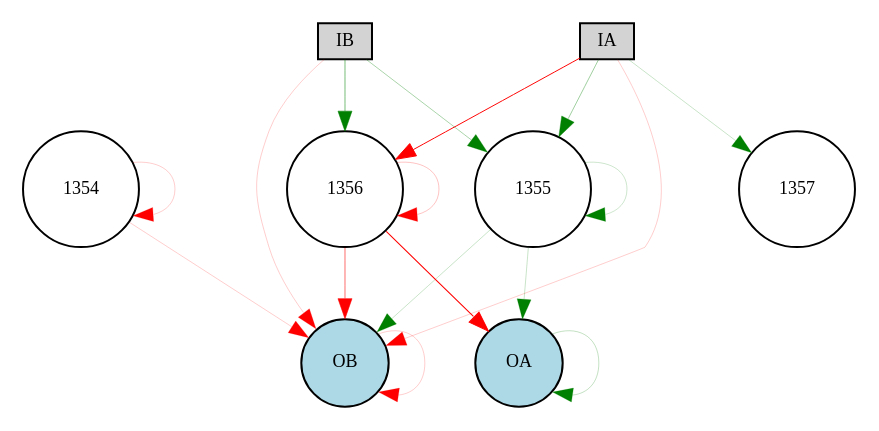
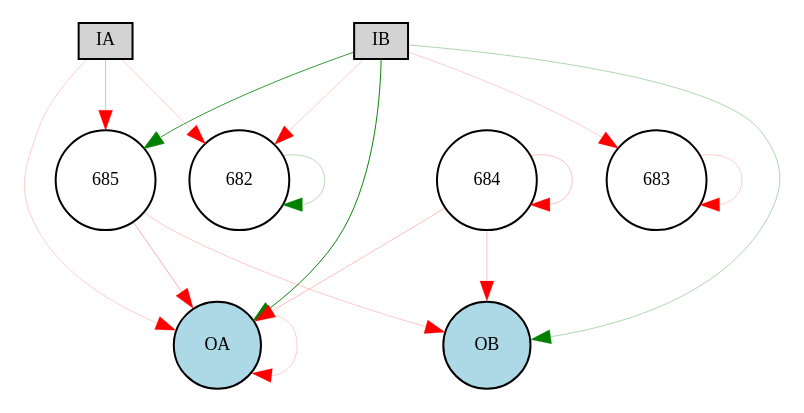
The diagram in source/cont_exp/Digraph.gv (danxan/neuromorphic-evolution), drawn with Graphviz before and after one commit. The commit also changed 6 other files, not shown here.

```diff
--- a/source/cont_exp/Digraph.gv
+++ b/source/cont_exp/Digraph.gv
@@ -1,27 +1,25 @@
 digraph {
 	node [fontsize=9 height=0.2 shape=circle width=0.2]
 	IA [fillcolor=lightgray shape=box style=filled]
 	IB [fillcolor=lightgray shape=box style=filled]
 	OA [fillcolor=lightblue style=filled]
 	OB [fillcolor=lightblue style=filled]
-	1354 [fillcolor=white style=filled]
-	1355 [fillcolor=white style=filled]
-	1356 [fillcolor=white style=filled]
-	IA -> 1355 [color=green penwidth=0.19371710459866126 style=solid]
-	IA -> 1356 [color=red penwidth=0.48582803396903973 style=solid]
-	IA -> 1357 [color=green penwidth=0.10612651738850254 style=solid]
-	IB -> 1355 [color=green penwidth=0.16571696177506834 style=solid]
-	IB -> 1356 [color=green penwidth=0.2685922002716462 style=solid]
-	1354 -> OB [color=red penwidth=0.1 style=solid]
-	1355 -> OA [color=green penwidth=0.1116916802318297 style=solid]
-	1355 -> OB [color=green penwidth=0.10723395498825208 style=solid]
-	1356 -> OA [color=red penwidth=0.5428440245902377 style=solid]
-	1356 -> OB [color=red penwidth=0.28998976490093786 style=solid]
-	IA -> OB [color=red penwidth=0.1 style=solid]
-	IB -> OB [color=red penwidth=0.1 style=solid]
-	OA -> OA [color=green penwidth=0.12116244788376762 style=solid]
-	OB -> OB [color=red penwidth=0.1 style=solid]
-	1354 -> 1354 [color=red penwidth=0.1 style=solid]
-	1355 -> 1355 [color=green penwidth=0.10058396686139895 style=solid]
-	1356 -> 1356 [color=red penwidth=0.12042335314331457 style=solid]
+	684 [fillcolor=white style=filled]
+	685 [fillcolor=white style=filled]
+	IA -> 682 [color=red penwidth=0.1 style=solid]
+	IA -> 685 [color=red penwidth=0.16417999052459167 style=solid]
+	IB -> 682 [color=red penwidth=0.1 style=solid]
+	IB -> 683 [color=red penwidth=0.1 style=solid]
+	IB -> 685 [color=green penwidth=0.3962546225728263 style=solid]
+	684 -> OA [color=red penwidth=0.12981855040297563 style=solid]
+	684 -> OB [color=red penwidth=0.12491836654776949 style=solid]
+	685 -> OA [color=red penwidth=0.16225000601761227 style=solid]
+	685 -> OB [color=red penwidth=0.10681374212207731 style=solid]
+	IA -> OA [color=red penwidth=0.1 style=solid]
+	IB -> OA [color=green penwidth=0.48182087050854217 style=solid]
+	IB -> OB [color=green penwidth=0.1634037663048457 style=solid]
+	OA -> OA [color=red penwidth=0.1 style=solid]
+	682 -> 682 [color=green penwidth=0.13782611911544612 style=solid]
+	683 -> 683 [color=red penwidth=0.1 style=solid]
+	684 -> 684 [color=red penwidth=0.11893002152575254 style=solid]
 }
```
